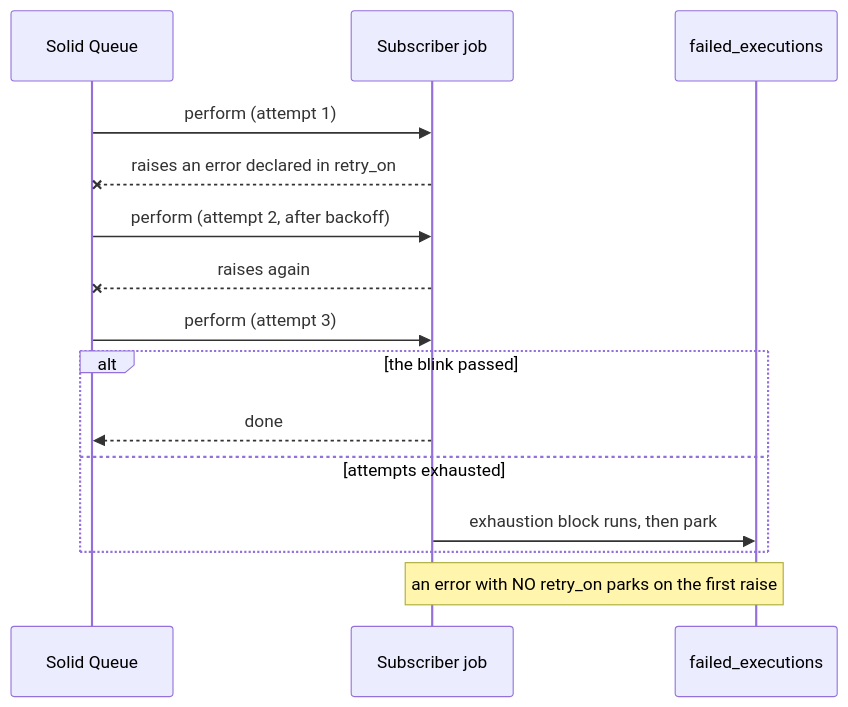
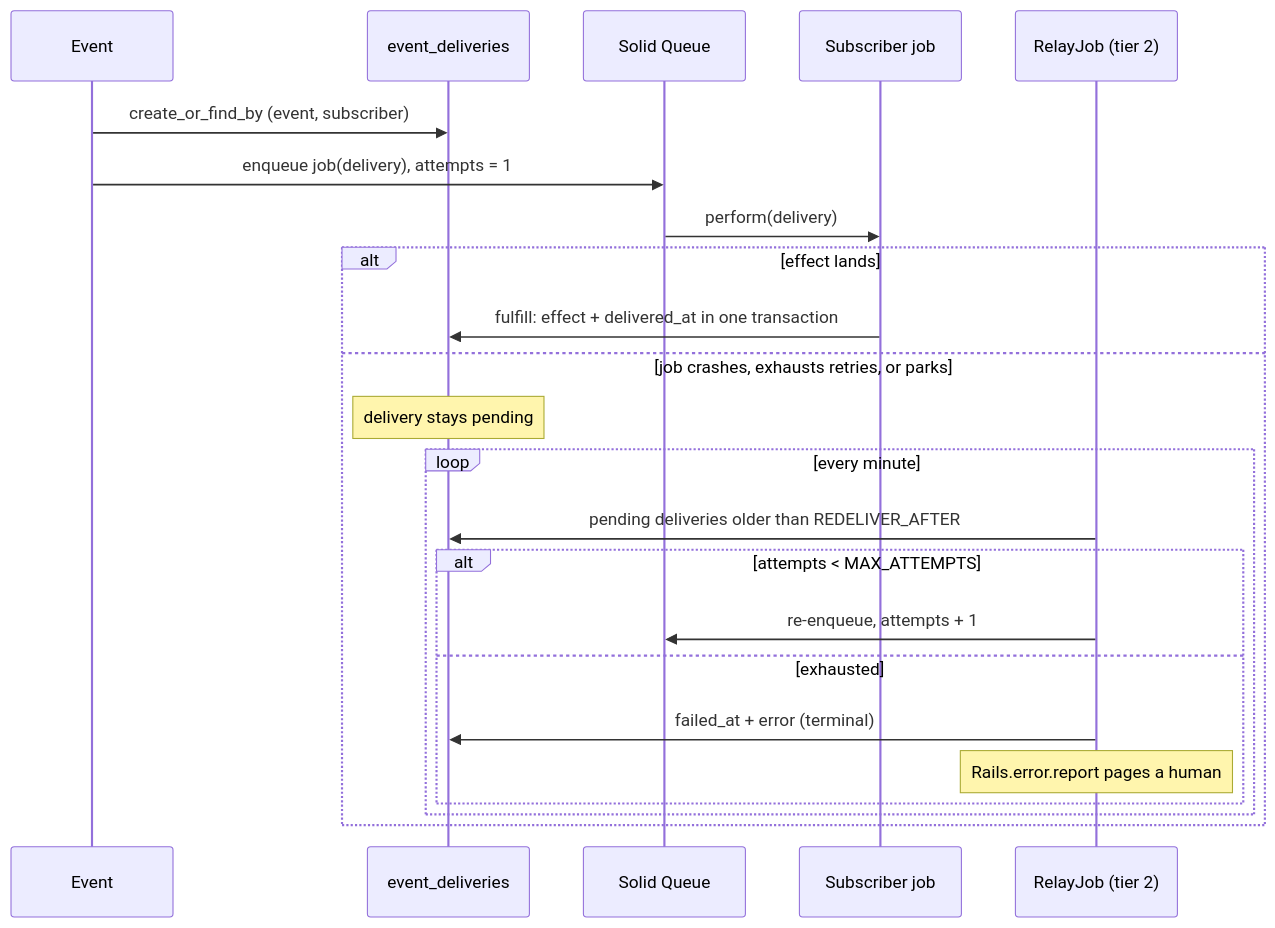
Before and after one commit to wcalderipe/rails-vanilla-domain-events: the diagram in README.md, drawn with Mermaid. The commit also changed other lines of this file and 10 other files, not shown here.

Commit message:
feat: per-subscriber delivery records

````diff
--- a/README.md
+++ b/README.md
@@ -84,20 +86,27 @@
 ```mermaid
 sequenceDiagram
+  participant E as Event#dispatch
+  participant D as event_deliveries
   participant Q as Solid Queue
   participant J as Subscriber job
-  participant F as failed_executions
+  participant R as RelayJob (tier 2)
 
-  Q->>J: perform (attempt 1)
-  J--xQ: raises an error declared in retry_on
-  Q->>J: perform (attempt 2, after backoff)
-  J--xQ: raises again
-  Q->>J: perform (attempt 3)
+  E->>D: create_or_find_by (event, subscriber)
+  E->>Q: enqueue job(delivery), attempts = 1
+  Q->>J: perform(delivery)
 
-  alt the blink passed
-    J-->>Q: done
-  else attempts exhausted
-    J->>F: exhaustion block runs, then park
+  alt effect lands
+    J->>D: fulfill: effect + delivered_at in one transaction
+  else job crashes, exhausts retries, or parks
+    note over D: delivery stays pending
+    loop every minute
+      R->>D: pending deliveries older than REDELIVER_AFTER
+      alt attempts < MAX_ATTEMPTS
+        R->>Q: re-enqueue, attempts + 1
+      else exhausted
+        R->>D: failed_at + error (terminal)
+        note over R: Rails.error.report pages a human
+      end
+    end
   end
-
-  note over J,F: an error with NO retry_on parks on the first raise
 ```
````
